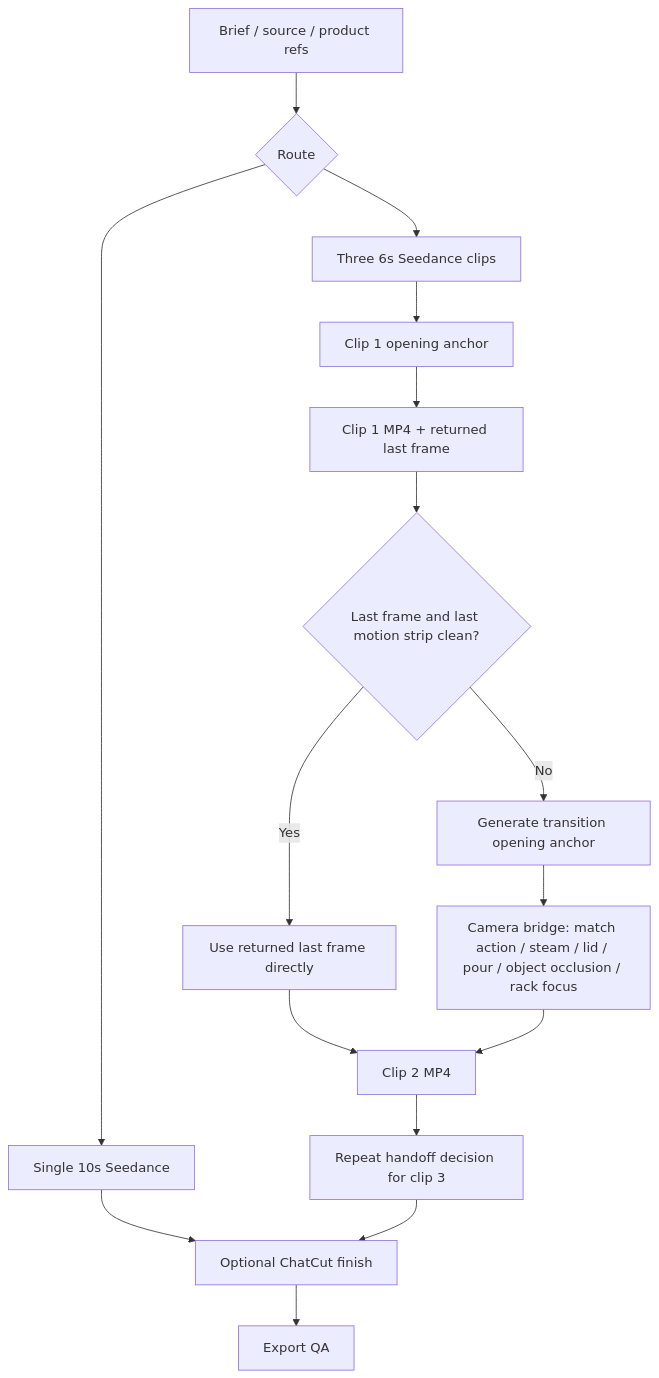
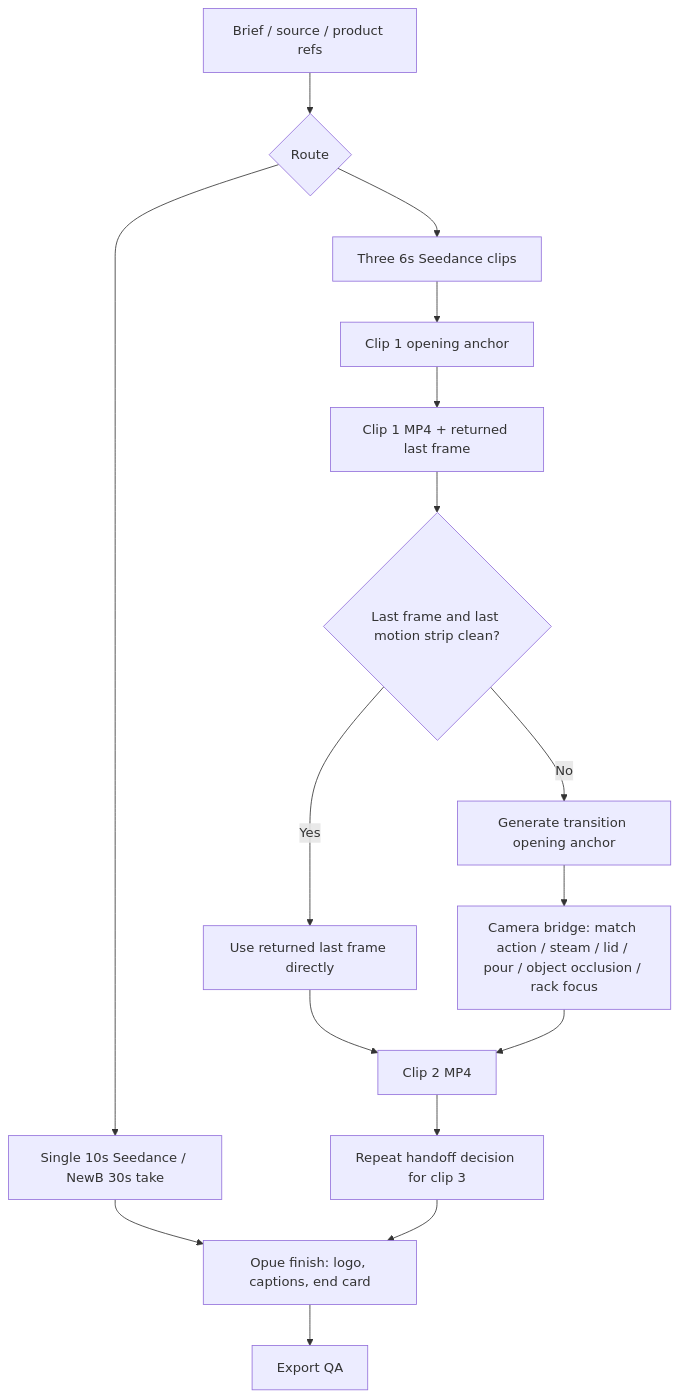
One commit to SydneyMCDonaldbigking/sns_skills changed the diagram in docs/memory/viral-social-remix/video-production-map.md. Above: the diagram before and after it, drawn with Mermaid. The commit also changed other lines of this file and 48 other files, not shown here.

First line of the commit message:
Replace ChatCut with Opue_video_add finish; agent is the editor

````diff
--- a/docs/memory/viral-social-remix/video-production-map.md
+++ b/docs/memory/viral-social-remix/video-production-map.md
@@ -28,18 +28,18 @@
 ```mermaid
 flowchart TD
   A["Brief / source / product refs"] --> B{"Route"}
-  B --> C["Single 10s Seedance"]
+  B --> C["Single 10s Seedance / NewB 30s take"]
   B --> D["Three 6s Seedance clips"]
-  C --> E["Optional ChatCut finish"]
+  C --> E["Opue finish: logo, captions, end card"]
   D --> F["Clip 1 opening anchor"]
   F --> G["Clip 1 MP4 + returned last frame"]
   G --> H{"Last frame and last motion strip clean?"}
   H -->|Yes| I["Use returned last frame directly"]
   H -->|No| J["Generate transition opening anchor"]
   J --> K["Camera bridge: match action / steam / lid / pour / object occlusion / rack focus"]
   I --> L["Clip 2 MP4"]
   K --> L
   L --> M["Repeat handoff decision for clip 3"]
   M --> E
   E --> N["Export QA"]
 ```
````
